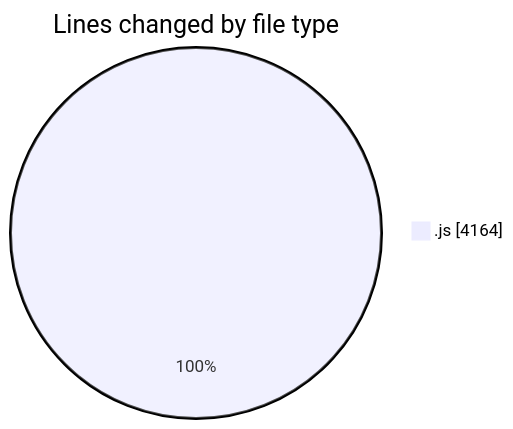
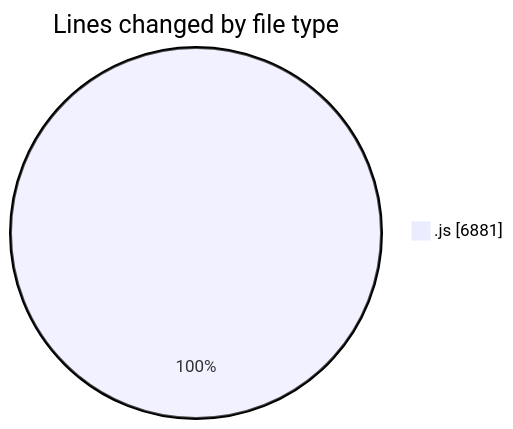
The first of 2 diagrams in 2025-10-01/nxtqube_webapp/README.md (nxtqubesakshisongat/code-tracking), drawn with Mermaid before and after one commit. The commit also changed other lines of this file and 1 other file, not shown here.

````diff
--- a/2025-10-01/nxtqube_webapp/README.md
+++ b/2025-10-01/nxtqube_webapp/README.md
@@ -20,5 +21,5 @@
 ```mermaid
 pie showData
 title Lines changed by file type
-".js" : 4164
+".js" : 6881
 ```
````
